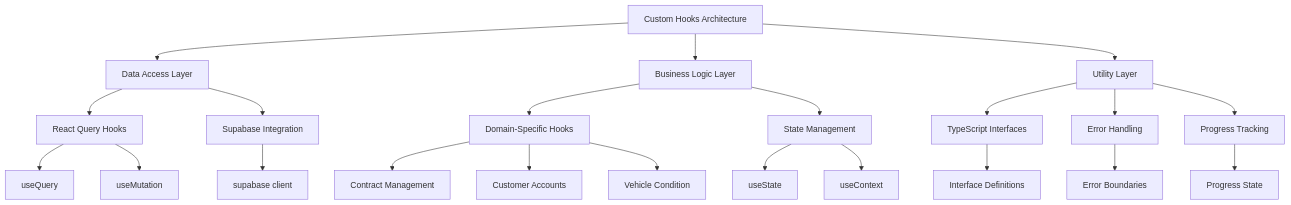
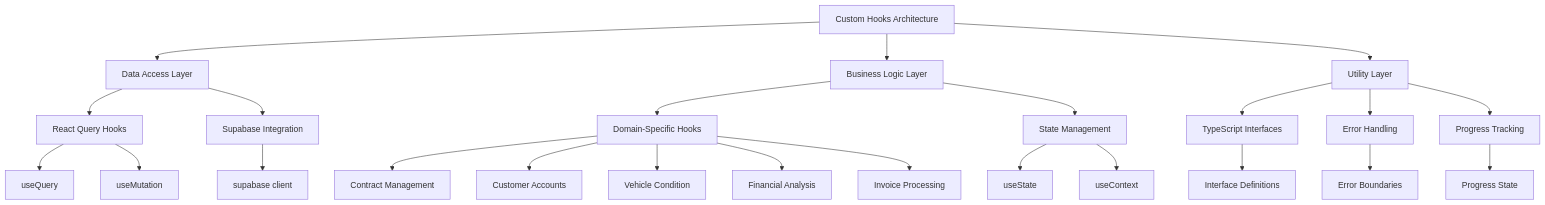
One commit to khamis1992/fleetifyapp changed the first of 13 diagrams in .qoder/repowiki/en/content/State Management/Custom Hooks/Custom Hooks.md. Above: the diagram before and after it, drawn with Mermaid. The commit also changed other lines of this file and 20 other files, not shown here.

````diff
--- a/.qoder/repowiki/en/content/State Management/Custom Hooks/Custom Hooks.md
+++ b/.qoder/repowiki/en/content/State Management/Custom Hooks/Custom Hooks.md
@@ -42,24 +55,26 @@
 ```mermaid
 graph TD
 A[Custom Hooks Architecture] --> B[Data Access Layer]
 A --> C[Business Logic Layer]
 A --> D[Utility Layer]
 B --> E[React Query Hooks]
 B --> F[Supabase Integration]
 C --> G[Domain-Specific Hooks]
 C --> H[State Management]
 D --> I[TypeScript Interfaces]
 D --> J[Error Handling]
 D --> K[Progress Tracking]
 E --> L[useQuery]
 E --> M[useMutation]
 F --> N[supabase client]
 G --> O[Contract Management]
 G --> P[Customer Accounts]
 G --> Q[Vehicle Condition]
-H --> R[useState]
-H --> S[useContext]
-I --> T[Interface Definitions]
-J --> U[Error Boundaries]
-K --> V[Progress State]
+G --> R[Financial Analysis]
+G --> S[Invoice Processing]
+H --> T[useState]
+H --> U[useContext]
+I --> V[Interface Definitions]
+J --> W[Error Boundaries]
+K --> X[Progress State]
 ```
````
